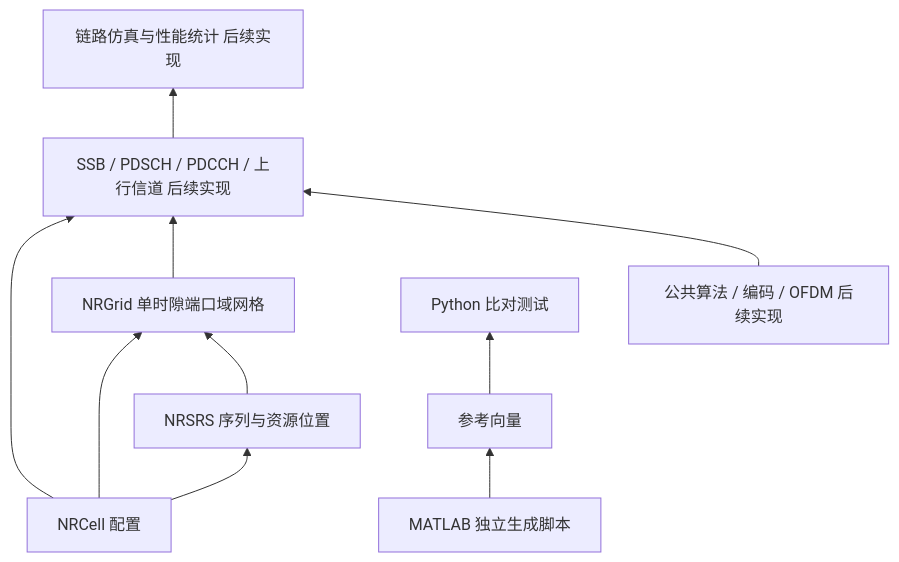
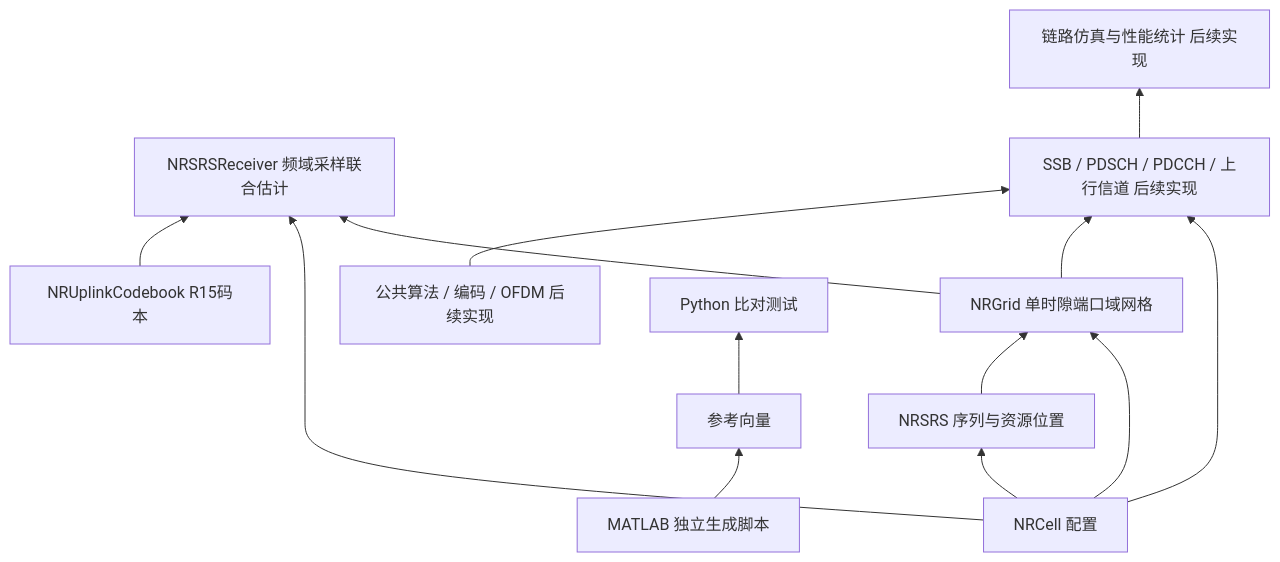
One commit to gxymmd1995-max/NR-GPT changed the diagram in documentation/architecture.md. Above: the diagram before and after it, drawn with Mermaid. The commit also changed other lines of this file and 79 other files, not shown here.

````diff
--- a/documentation/architecture.md
+++ b/documentation/architecture.md
@@ -44,12 +46,15 @@
 ```mermaid
 flowchart BT
     C[NRCell 配置] --> G[NRGrid 单时隙端口域网格]
     C --> R[NRSRS 序列与资源位置]
     R --> G
+    G --> X[NRSRSReceiver 频域采样联合估计]
+    C --> X
+    B[NRUplinkCodebook R15码本] --> X
     C --> H[SSB / PDSCH / PDCCH / 上行信道 后续实现]
     G --> H
     A[公共算法 / 编码 / OFDM 后续实现] --> H
     H --> S[链路仿真与性能统计 后续实现]
     M[MATLAB 独立生成脚本] --> V[参考向量]
     V --> T[Python 比对测试]
 ```
````
